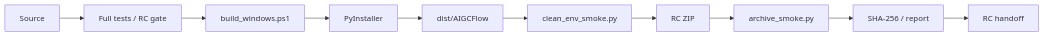
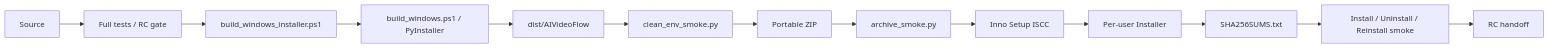
Before and after one commit to 19959847099-sudo/ai-video-flow: the diagram in docs/RELEASING.md, drawn with Mermaid. The commit also changed other lines of this file and 30 other files, not shown here.

Commit message:
Add AI Video Flow Windows installer and release identity

````diff
--- a/docs/RELEASING.md
+++ b/docs/RELEASING.md
@@ -5,12 +5,15 @@
 ```mermaid
 flowchart LR
   Source --> Tests[Full tests / RC gate]
-  Tests --> Build[build_windows.ps1]
-  Build --> PyInstaller
-  PyInstaller --> Portable[dist/AIGCFlow]
+  Tests --> ReleaseBuild[build_windows_installer.ps1]
+  ReleaseBuild --> PortableBuild[build_windows.ps1 / PyInstaller]
+  PortableBuild --> Portable[dist/AIVideoFlow]
   Portable --> Clean[clean_env_smoke.py]
-  Clean --> ZIP[RC ZIP]
+  Clean --> ZIP[Portable ZIP]
   ZIP --> Archive[archive_smoke.py]
-  Archive --> Hash[SHA-256 / report]
-  Hash --> RC[RC handoff]
+  Archive --> ISCC[Inno Setup ISCC]
+  ISCC --> Setup[Per-user Installer]
+  Setup --> Hash[SHA256SUMS.txt]
+  Hash --> InstallSmoke[Install / Uninstall / Reinstall smoke]
+  InstallSmoke --> RC[RC handoff]
 ```
````
